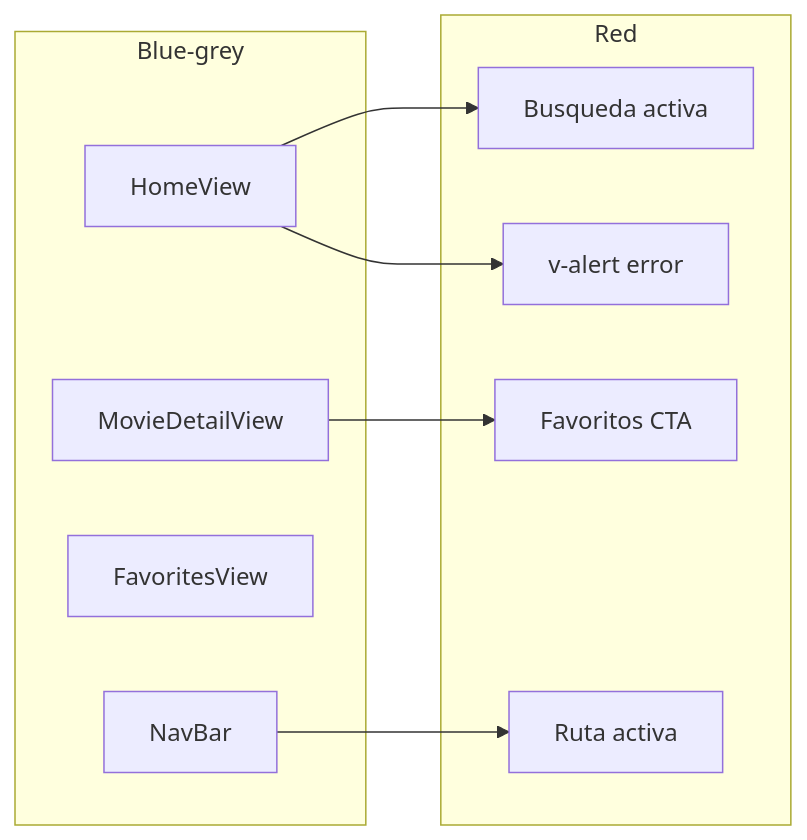
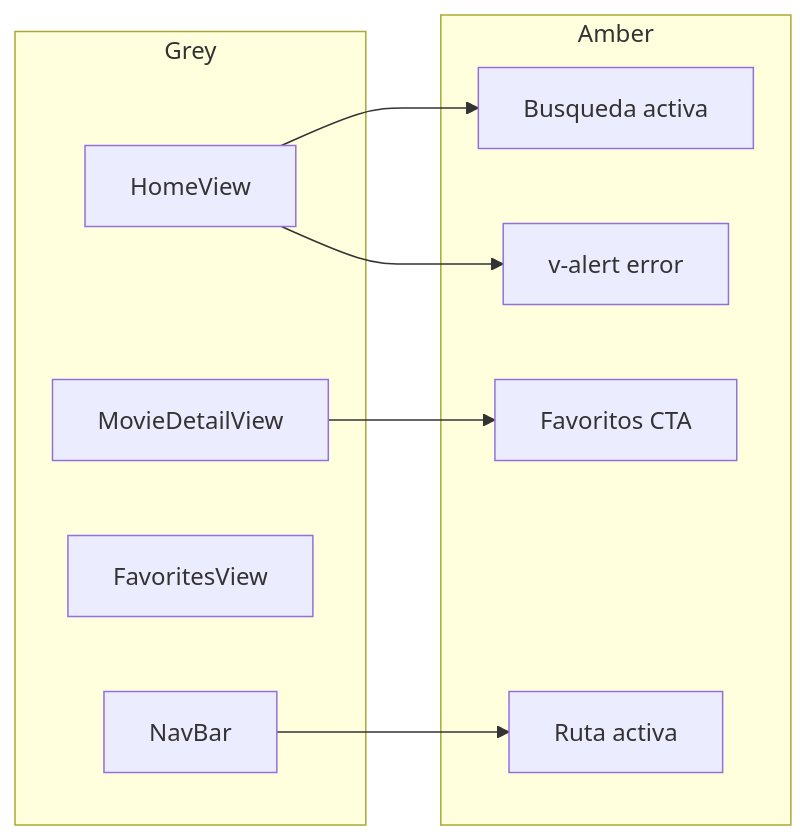
The diagram in docs/STYLE-DESIGN.md (Galleee2002/Parcial-2-Vue), drawn with Mermaid before and after one commit. The commit also changed other lines of this file and 11 other files, not shown here.

````diff
--- a/docs/STYLE-DESIGN.md
+++ b/docs/STYLE-DESIGN.md
@@ -186,19 +222,19 @@
 ```mermaid
 flowchart LR
-  subgraph neutral [Blue-grey]
+  subgraph neutral [Grey]
     Home[HomeView]
     Detail[MovieDetailView]
     Fav[FavoritesView]
     Nav[NavBar]
   end
-  subgraph accent [Red]
+  subgraph accent [Amber]
     SearchCTA[Busqueda activa]
     FavBtn[Favoritos CTA]
     NavActive[Ruta activa]
     Errors[v-alert error]
   end
   Home --> SearchCTA
   Detail --> FavBtn
   Nav --> NavActive
   Home --> Errors
 ```
````
